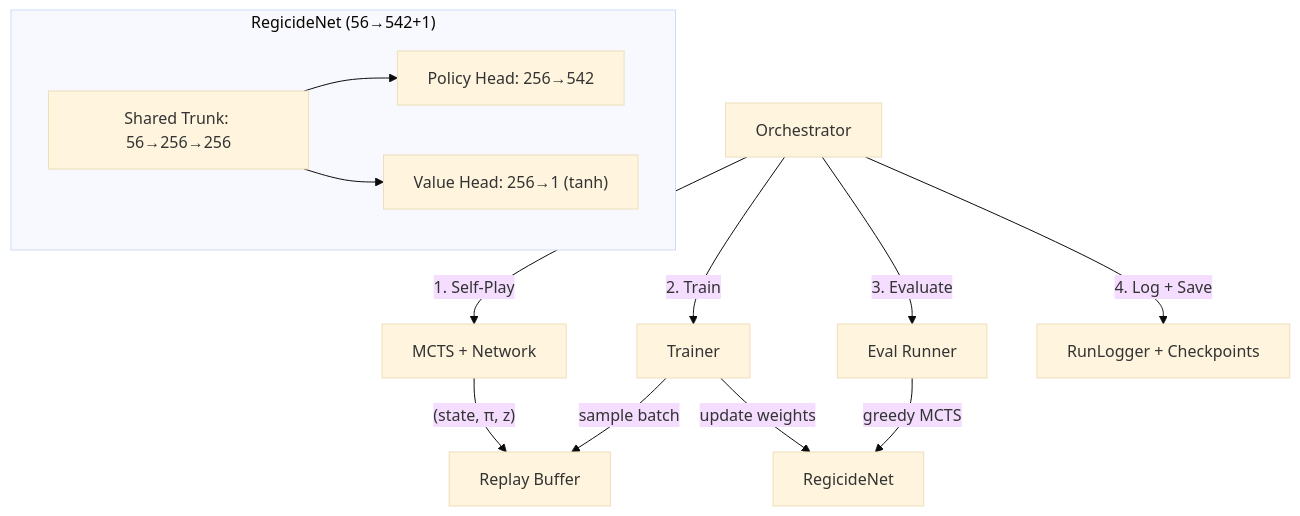
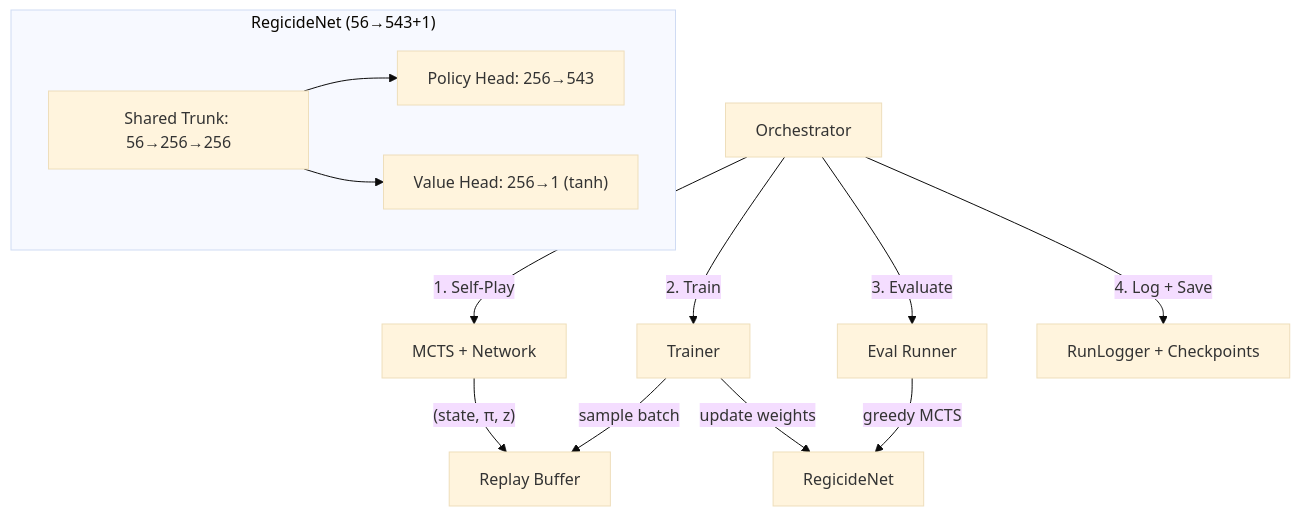
One commit to ettoremodina/RegicideRL changed the diagram in solvers/alphazero/AlphaZero.md. Above: the diagram before and after it, drawn with Mermaid (base theme). The commit also changed other lines of this file and 43 other files, not shown here.

````diff
--- a/solvers/alphazero/AlphaZero.md
+++ b/solvers/alphazero/AlphaZero.md
@@ -39,16 +39,16 @@
 ```mermaid
 graph TD
     A["Orchestrator"] -->|"1. Self-Play"| B["MCTS + Network"]
     B -->|"(state, π, z)"| C["Replay Buffer"]
     A -->|"2. Train"| D["Trainer"]
     D -->|"sample batch"| C
     D -->|"update weights"| E["RegicideNet"]
     A -->|"3. Evaluate"| F["Eval Runner"]
     F -->|"greedy MCTS"| E
     A -->|"4. Log + Save"| G["RunLogger + Checkpoints"]
 
-    subgraph "RegicideNet (56→542+1)"
-        H["Shared Trunk: 56→256→256"] --> I["Policy Head: 256→542"]
+    subgraph "RegicideNet (56→543+1)"
+        H["Shared Trunk: 56→256→256"] --> I["Policy Head: 256→543"]
         H --> J["Value Head: 256→1 (tanh)"]
     end
 ```
````
